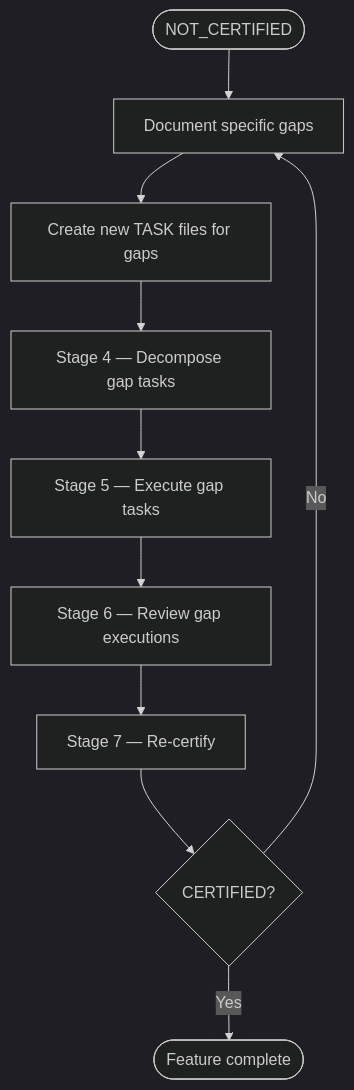
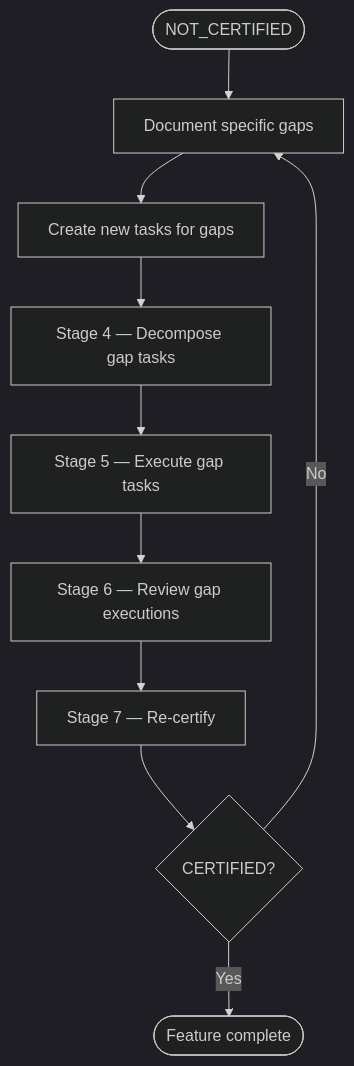
One commit to Jamie-BitFlight/claude_skills changed the second of 2 diagrams in plugins/development-harness/skills/final-verification/SKILL.md. Above: the diagram before and after it, drawn with Mermaid (dark theme). The commit also changed 58 other files, not shown here.

````diff
--- a/plugins/development-harness/skills/final-verification/SKILL.md
+++ b/plugins/development-harness/skills/final-verification/SKILL.md
@@ -186,12 +186,12 @@
 ```mermaid
 flowchart TD
     NotCert([NOT_CERTIFIED]) --> Gaps[Document specific gaps]
-    Gaps --> NewTasks[Create new TASK files for gaps]
+    Gaps --> NewTasks[Create new tasks for gaps]
     NewTasks --> Stage4[Stage 4 — Decompose gap tasks]
     Stage4 --> Stage5[Stage 5 — Execute gap tasks]
     Stage5 --> Stage6[Stage 6 — Review gap executions]
     Stage6 --> Stage7[Stage 7 — Re-certify]
     Stage7 --> Q{CERTIFIED?}
     Q -->|Yes| Done([Feature complete])
     Q -->|No| Gaps
 ```
````
